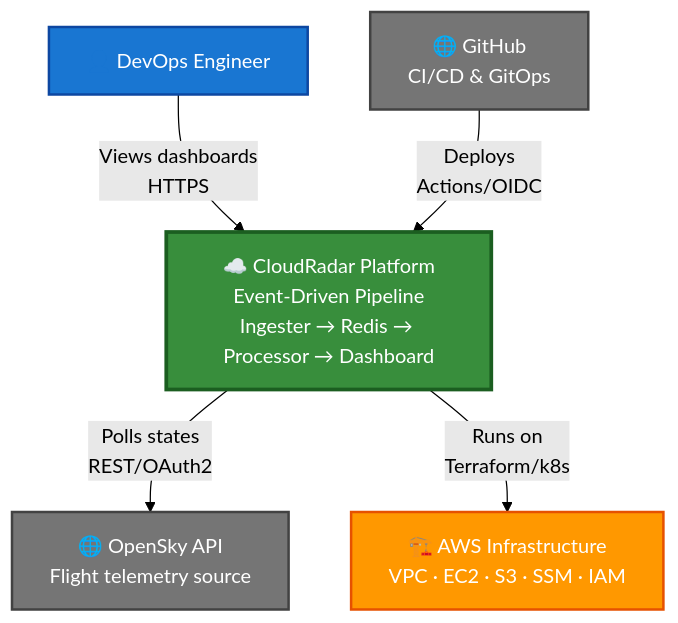
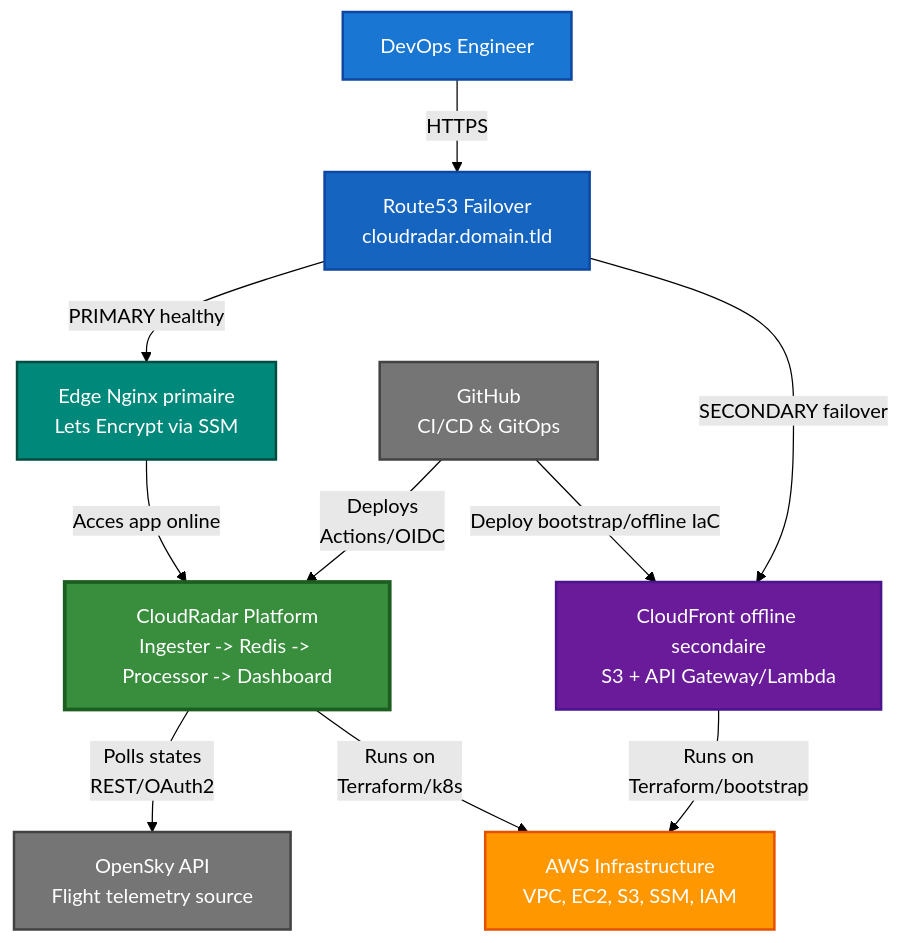
Before and after one commit to ClementV78/CloudRadar: the first of 10 diagrams in docs/architecture/technical-architecture-summary.fr.md, drawn with Mermaid (forest theme). The commit also changed other lines of this file and 20 other files, not shown here.

First line of the commit message:
feat(edge): add offline fallback landing path and contact flow

````diff
--- a/docs/architecture/technical-architecture-summary.fr.md
+++ b/docs/architecture/technical-architecture-summary.fr.md
@@ -55,20 +55,31 @@
 ```mermaid
 graph TB
-    USER[👤 DevOps Engineer]
-    CORE[☁️ CloudRadar Platform<br/>Event-Driven Pipeline<br/>Ingester → Redis → Processor → Dashboard]
+    USER[DevOps Engineer]
+    R53[Route53 Failover<br/>cloudradar.domain.tld]
+    EDGE[Edge Nginx primaire<br/>Lets Encrypt via SSM]
+    OFFLINE[CloudFront offline secondaire<br/>S3 + API Gateway/Lambda]
+    CORE[CloudRadar Platform<br/>Ingester -> Redis -> Processor -> Dashboard]
     
-    OPENSKY[🌐 OpenSky API<br/>Flight telemetry source]
-    GITHUB[🌐 GitHub<br/>CI/CD & GitOps]
-    AWS[🏗️ AWS Infrastructure<br/>VPC · EC2 · S3 · SSM · IAM]
+    OPENSKY[OpenSky API<br/>Flight telemetry source]
+    GITHUB[GitHub<br/>CI/CD & GitOps]
+    AWS[AWS Infrastructure<br/>VPC, EC2, S3, SSM, IAM]
     
-    USER -->|Views dashboards<br/>HTTPS| CORE
+    USER -->|HTTPS| R53
+    R53 -->|PRIMARY healthy| EDGE
+    R53 -->|SECONDARY failover| OFFLINE
+    EDGE -->|Acces app online| CORE
     CORE -->|Polls states<br/>REST/OAuth2| OPENSKY
     GITHUB -->|Deploys<br/>Actions/OIDC| CORE
+    GITHUB -->|Deploy bootstrap/offline IaC| OFFLINE
     CORE -->|Runs on<br/>Terraform/k8s| AWS
+    OFFLINE -->|Runs on<br/>Terraform/bootstrap| AWS
     
     style USER fill:#1976d2,stroke:#0d47a1,stroke-width:2px,color:#fff
     style CORE fill:#388e3c,stroke:#1b5e20,stroke-width:3px,color:#fff
+    style R53 fill:#1565c0,stroke:#0d47a1,stroke-width:2px,color:#fff
+    style EDGE fill:#00897b,stroke:#004d40,stroke-width:2px,color:#fff
+    style OFFLINE fill:#6a1b9a,stroke:#4a148c,stroke-width:2px,color:#fff
     style OPENSKY fill:#757575,stroke:#424242,stroke-width:2px,color:#fff
     style GITHUB fill:#757575,stroke:#424242,stroke-width:2px,color:#fff
     style AWS fill:#ff9800,stroke:#e65100,stroke-width:2px,color:#fff
 ```
````
